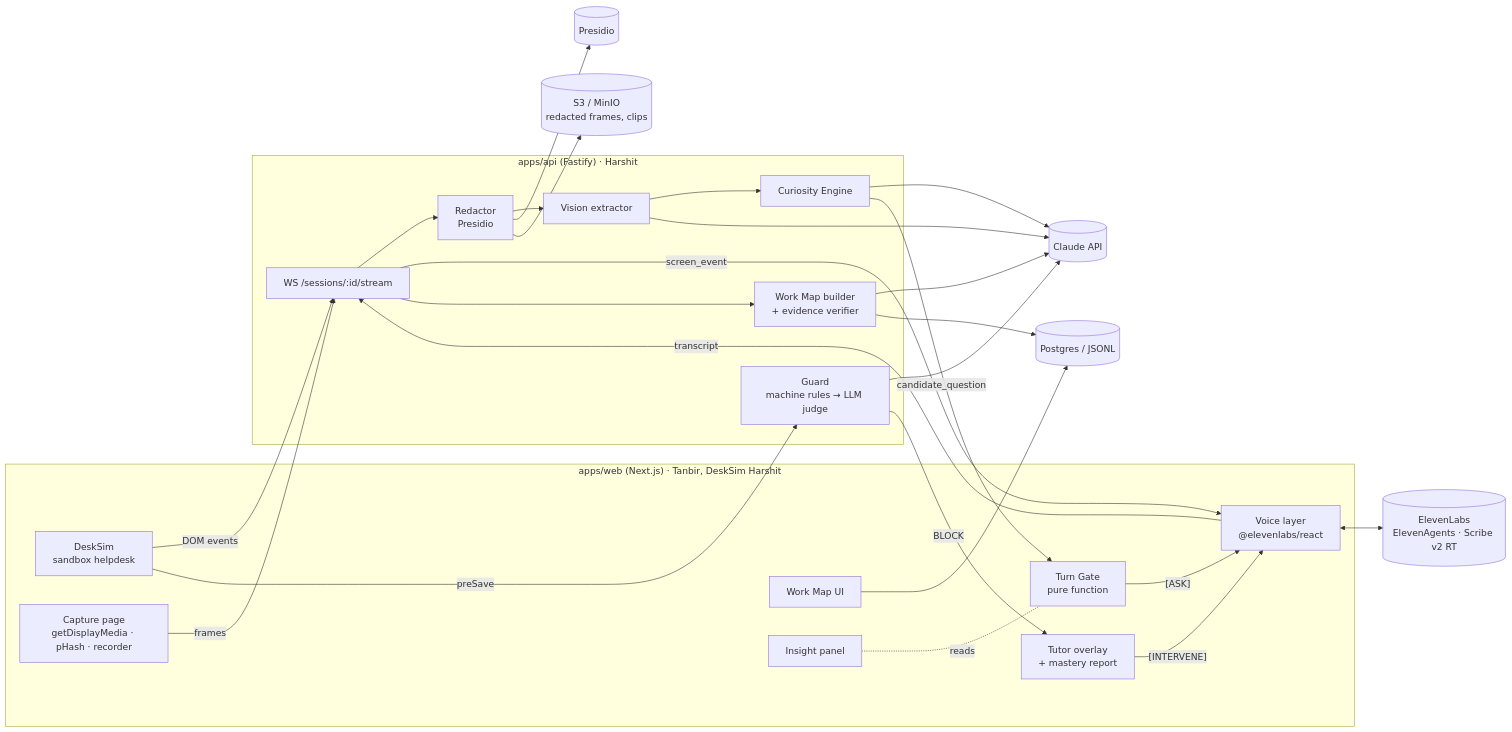
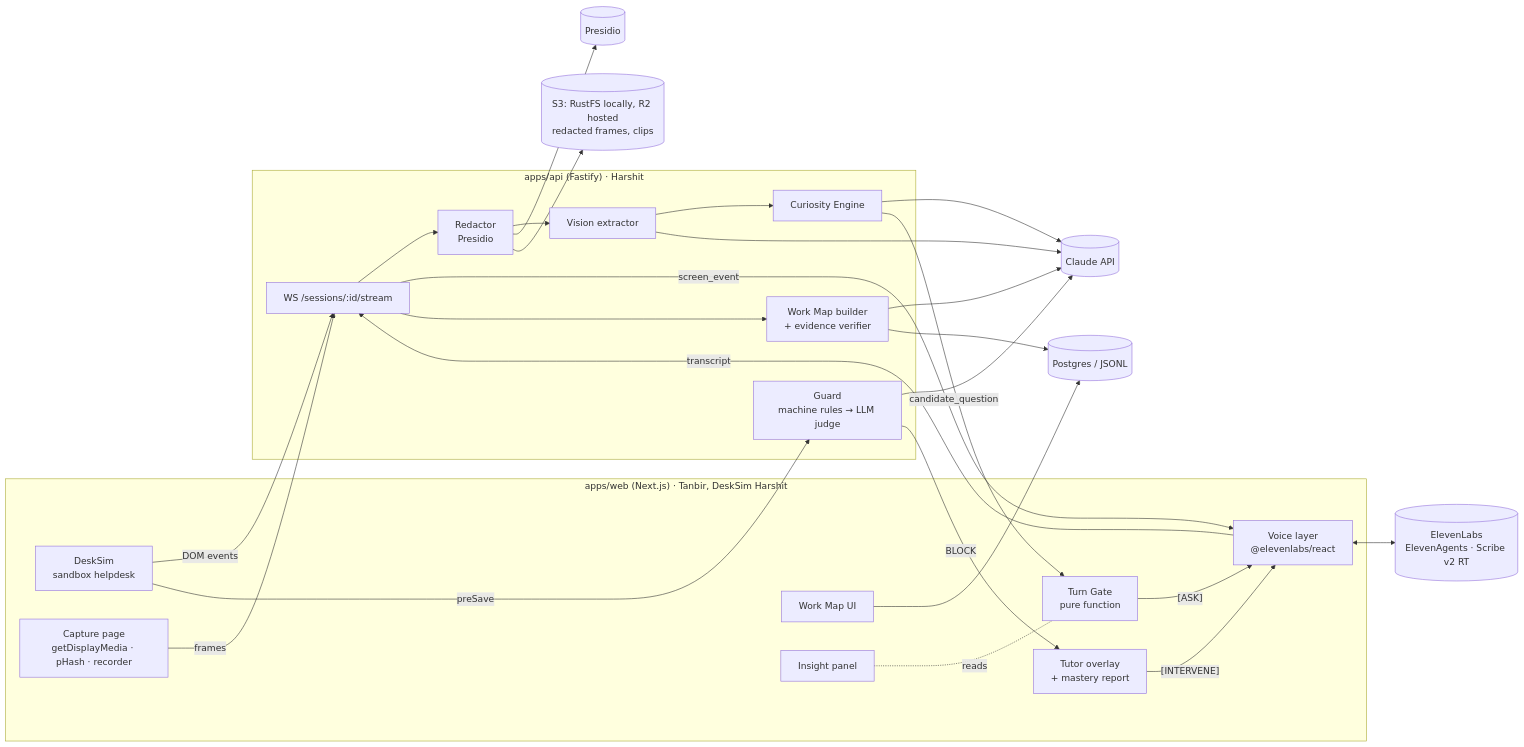
One commit to TanbirRamim/elevenlabs-agent changed the first of 3 diagrams in docs/IMPLEMENTATION_PLAN.md. Above: the diagram before and after it, drawn with Mermaid. The commit also changed other lines of this file and 5 other files, not shown here.

````diff
--- a/docs/IMPLEMENTATION_PLAN.md
+++ b/docs/IMPLEMENTATION_PLAN.md
@@ -74,46 +74,46 @@
 ```mermaid
 flowchart LR
   subgraph Web["apps/web (Next.js) · Tanbir, DeskSim Harshit"]
     DS[DeskSim<br/>sandbox helpdesk]
     CAP[Capture page<br/>getDisplayMedia · pHash · recorder]
     GATE[Turn Gate<br/>pure function]
     VOICE[Voice layer<br/>@elevenlabs/react]
     MAP[Work Map UI]
     TEACH[Tutor overlay<br/>+ mastery report]
     JP[Insight panel]
   end
 
   subgraph API["apps/api (Fastify) · Harshit"]
     WS[WS /sessions/:id/stream]
     RED[Redactor<br/>Presidio]
     VIS[Vision extractor]
     CUR[Curiosity Engine]
     WMB[Work Map builder<br/>+ evidence verifier]
     GRD[Guard<br/>machine rules → LLM judge]
   end
 
   EL[(ElevenLabs<br/>ElevenAgents · Scribe v2 RT)]
   CL[(Claude API)]
   PR[(Presidio)]
   DB[(Postgres / JSONL)]
-  S3[(S3 / MinIO<br/>redacted frames, clips)]
+  S3[(S3: RustFS locally, R2 hosted<br/>redacted frames, clips)]
 
   CAP -- frames --> WS
   DS -- DOM events --> WS
   WS --> RED --> VIS --> CUR
   RED --> PR
   RED --> S3
   VIS --> CL
   CUR --> CL
   CUR -- candidate_question --> GATE
   GATE -- "[ASK]" --> VOICE
   WS -- screen_event --> VOICE
   VOICE <--> EL
   VOICE -- transcript --> WS
   WS --> WMB --> CL
   WMB --> DB
   DS -- preSave --> GRD --> CL
   GRD -- BLOCK --> TEACH -- "[INTERVENE]" --> VOICE
   MAP --> DB
   JP -.reads.- GATE
 ```
````
